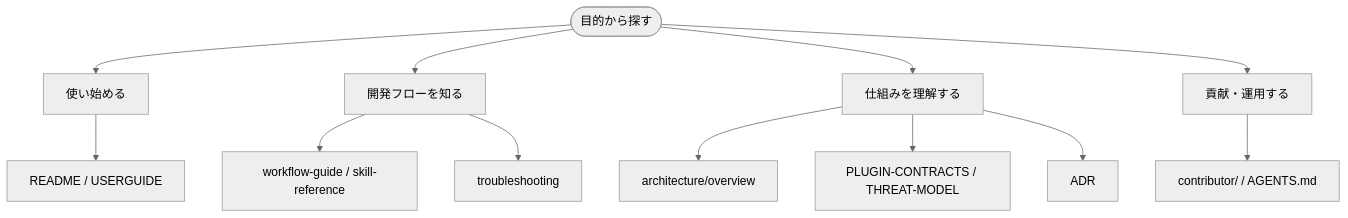
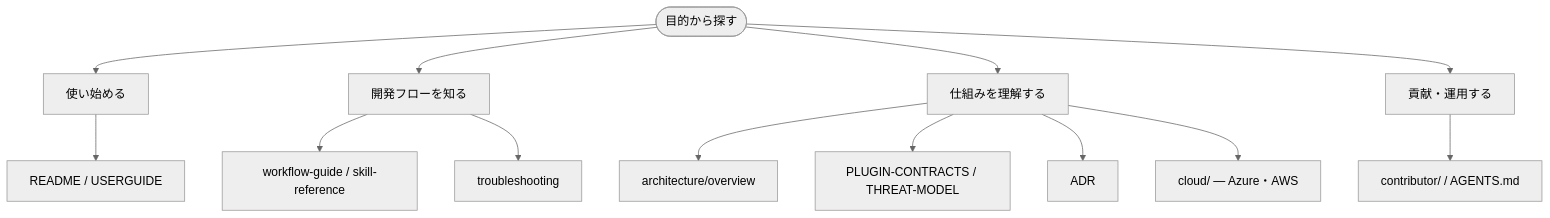
Before and after one commit to aharada54914/sdd-forge: the diagram in docs/README.md, drawn with Mermaid (neutral theme). The commit also changed other lines of this file and 4 other files, not shown here.

First line of the commit message:
docs: add Azure/AWS cloud development guides (Phase 3) (#701)

````diff
--- a/docs/README.md
+++ b/docs/README.md
@@ -5,14 +5,15 @@
 ```mermaid
 flowchart TD
     R(["目的から探す"]) --> U["使い始める"]
     R --> W["開発フローを知る"]
     R --> A["仕組みを理解する"]
     R --> C["貢献・運用する"]
     U --> U1["README / USERGUIDE"]
     W --> W1["workflow-guide / skill-reference"]
     W --> W2["troubleshooting"]
     A --> A1["architecture/overview"]
     A --> A2["PLUGIN-CONTRACTS / THREAT-MODEL"]
     A --> A3["ADR"]
+    A --> A4["cloud/ — Azure・AWS"]
     C --> C1["contributor/ / AGENTS.md"]
 ```
````
